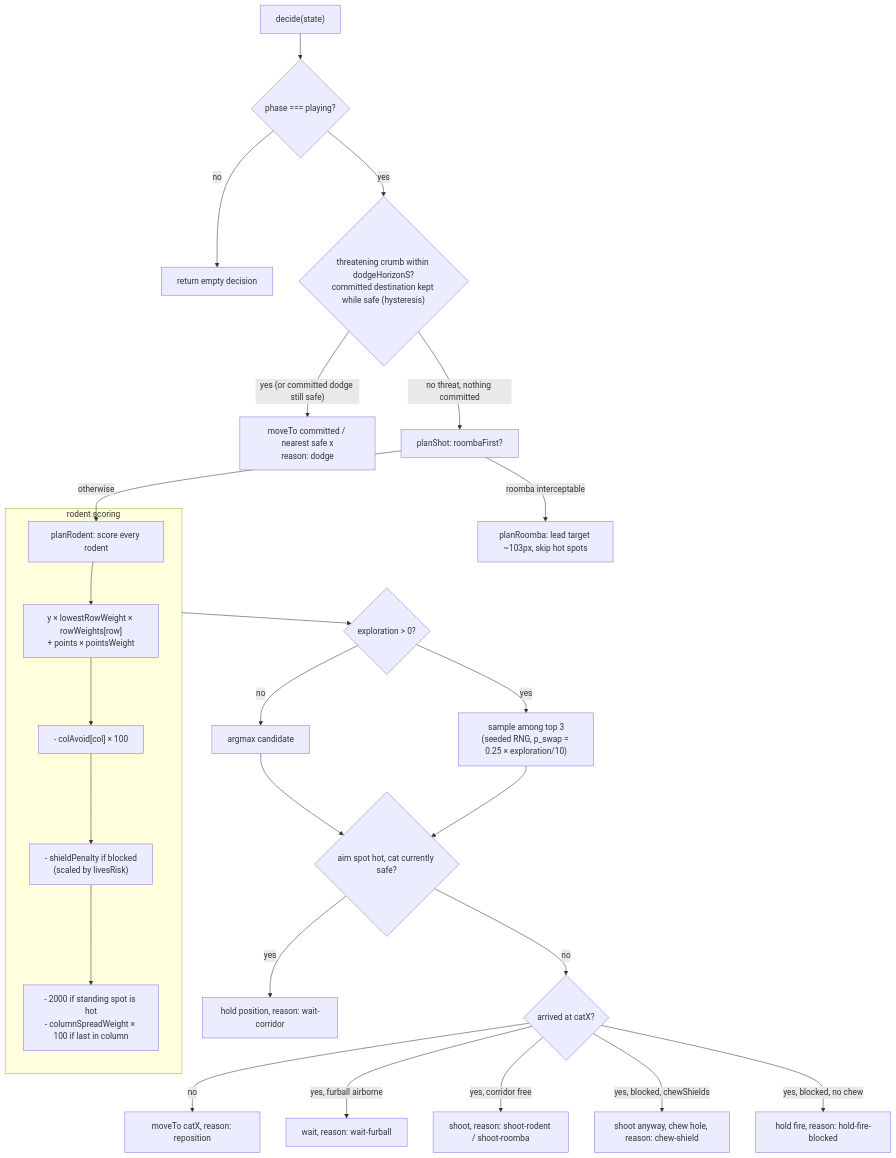
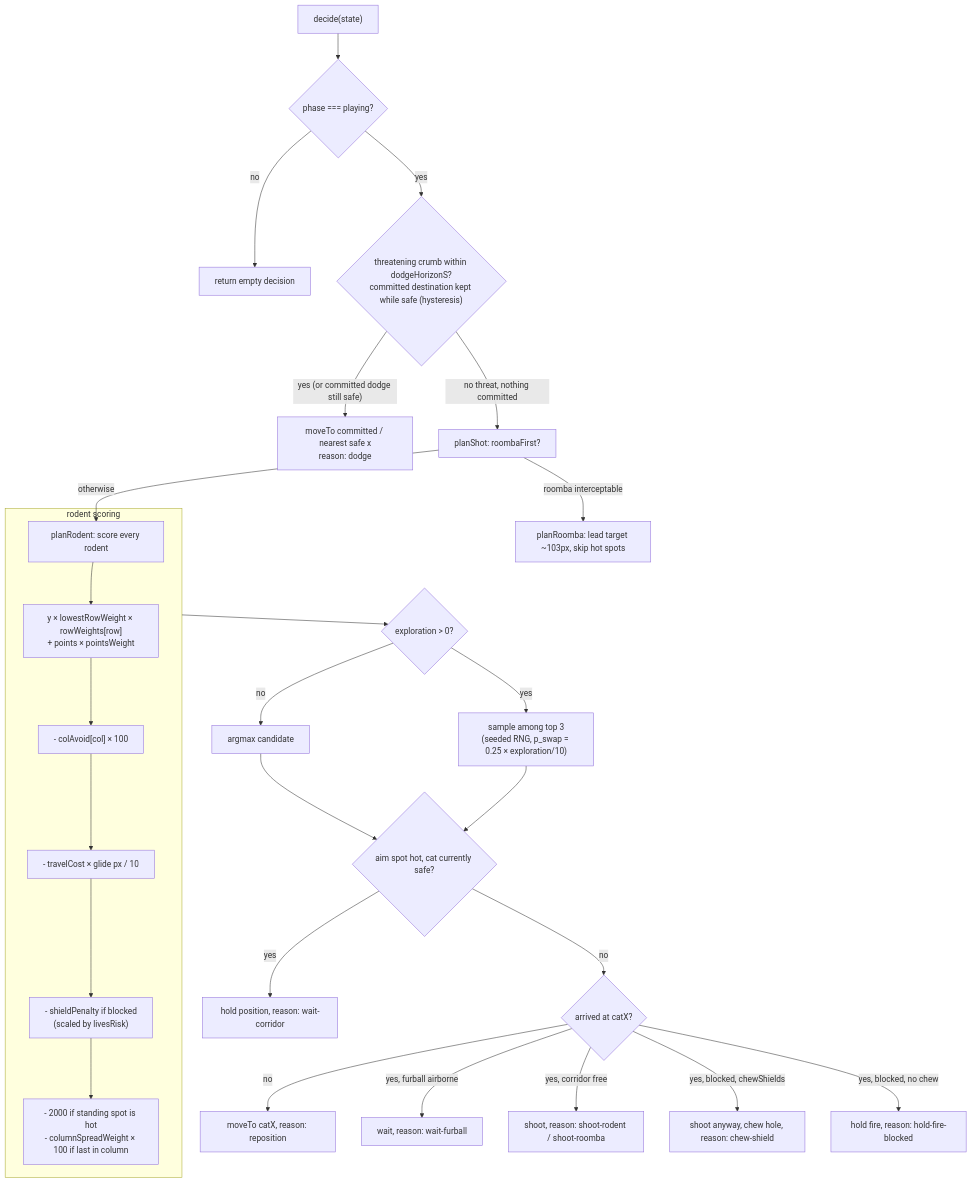
Before and after one commit to tq-bit/verminvaders: the second of 4 diagrams in DEVELOPMENT.md, drawn with Mermaid. The commit also changed other lines of this file and 9 other files, not shown here.

Commit message:
feat: add travelCost parameter to executor and update related logic and documentation

````diff
--- a/DEVELOPMENT.md
+++ b/DEVELOPMENT.md
@@ -105,31 +105,32 @@
 ```mermaid
 flowchart TD
     A["decide(state)"] --> P{"phase === playing?"}
     P -- "no" --> Z1["return empty decision"]
     P -- "yes" --> D{"threatening crumb within dodgeHorizonS?<br/>committed destination kept while safe (hysteresis)"}
     D -- "yes (or committed dodge still safe)" --> Z2["moveTo committed / nearest safe x<br/>reason: dodge"]
     D -- "no threat, nothing committed" --> R["planShot: roombaFirst?"]
     R -- "roomba interceptable" --> S["planRoomba: lead target ~103px, skip hot spots"]
     R -- "otherwise" --> G["planRodent: score every rodent"]
 
     subgraph scoring ["rodent scoring"]
         G --> G1["y × lowestRowWeight × rowWeights[row]<br/>+ points × pointsWeight"]
         G1 --> G2["- colAvoid[col] × 100"]
-        G2 --> G3["- shieldPenalty if blocked<br/>(scaled by livesRisk)"]
-        G3 --> G4["- 2000 if standing spot is hot<br/>- columnSpreadWeight × 100 if last in column"]
+        G2 --> G3["- travelCost × glide px / 10"]
+        G3 --> G4["- shieldPenalty if blocked<br/>(scaled by livesRisk)"]
+        G4 --> G5["- 2000 if standing spot is hot<br/>- columnSpreadWeight × 100 if last in column"]
     end
 
     scoring --> K{"exploration > 0?"}
     K -- "no" --> B1["argmax candidate"]
     K -- "yes" --> B2["sample among top 3<br/>(seeded RNG, p_swap = 0.25 × exploration/10)"]
 
     B1 --> H{"aim spot hot, cat currently safe?"}
     B2 --> H
     H -- "yes" --> Z3["hold position, reason: wait-corridor"]
     H -- "no" --> T{"arrived at catX?"}
     T -- "no" --> Z4["moveTo catX, reason: reposition"]
     T -- "yes, furball airborne" --> Z5["wait, reason: wait-furball"]
     T -- "yes, corridor free" --> Z6["shoot, reason: shoot-rodent / shoot-roomba"]
     T -- "yes, blocked, chewShields" --> Z7["shoot anyway, chew hole, reason: chew-shield"]
     T -- "yes, blocked, no chew" --> Z8["hold fire, reason: hold-fire-blocked"]
 ```
````
